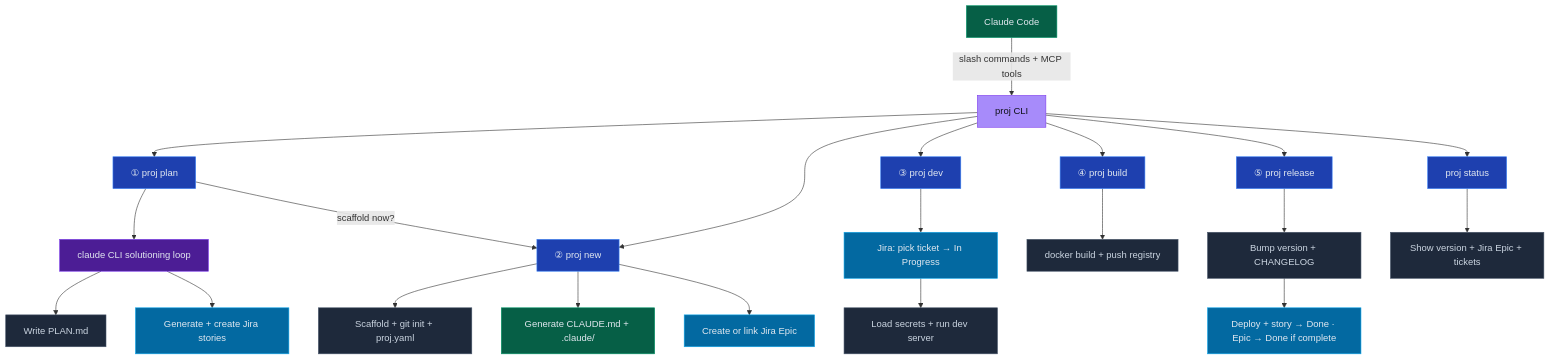
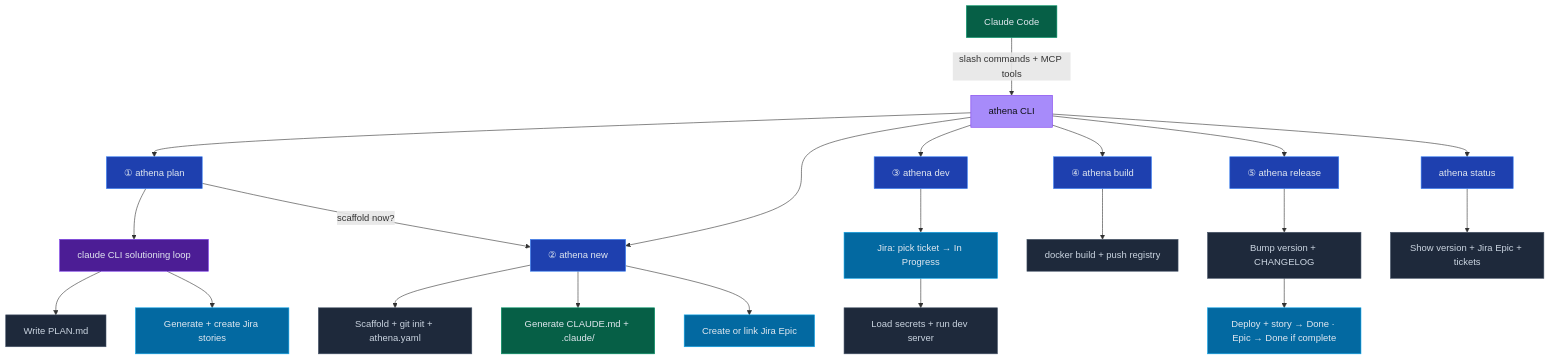
One commit to erosrage/Athena changed the first of 7 diagrams in README.md. Above: the diagram before and after it, drawn with Mermaid. The commit also changed other lines of this file and 23 other files, not shown here.

Commit message:
update athena cli

````diff
--- a/README.md
+++ b/README.md
@@ -11,31 +11,31 @@
 ```mermaid
 flowchart TD
     CC["Claude Code"]:::claude
-    CLI["proj CLI"]:::entry
+    CLI["athena CLI"]:::entry
     CC -->|"slash commands + MCP tools"| CLI
-    CLI --> PLAN["① proj plan"]:::stage
-    CLI --> NEW["② proj new"]:::stage
-    CLI --> DEV["③ proj dev"]:::stage
-    CLI --> BUILD["④ proj build"]:::stage
-    CLI --> RELEASE["⑤ proj release"]:::stage
-    CLI --> STATUS["proj status"]:::stage
+    CLI --> PLAN["① athena plan"]:::stage
+    CLI --> NEW["② athena new"]:::stage
+    CLI --> DEV["③ athena dev"]:::stage
+    CLI --> BUILD["④ athena build"]:::stage
+    CLI --> RELEASE["⑤ athena release"]:::stage
+    CLI --> STATUS["athena status"]:::stage
     PLAN --> LLM["claude CLI solutioning loop"]:::llm
     LLM --> PM["Write PLAN.md"]:::action
     LLM --> J4["Generate + create Jira stories"]:::jira
     PLAN -->|"scaffold now?"| NEW
-    NEW --> S["Scaffold + git init + proj.yaml"]:::action
+    NEW --> S["Scaffold + git init + athena.yaml"]:::action
     NEW --> CG["Generate CLAUDE.md + .claude/"]:::claude
     NEW --> J1["Create or link Jira Epic"]:::jira
     DEV --> J5["Jira: pick ticket → In Progress"]:::jira
     J5 --> ENV["Load secrets + run dev server"]:::action
     BUILD --> PUSH["docker build + push registry"]:::action
     RELEASE --> VER["Bump version + CHANGELOG"]:::action
     VER --> DEPLOY["Deploy + story → Done · Epic → Done if complete"]:::jira
     STATUS --> JS["Show version + Jira Epic + tickets"]:::action
     classDef entry fill:#a78bfa,stroke:#7c3aed,color:#0f1117
     classDef stage fill:#1e40af,stroke:#3b82f6,color:#e2e8f0
     classDef action fill:#1e293b,stroke:#475569,color:#cbd5e1
     classDef claude fill:#065f46,stroke:#059669,color:#e2e8f0
     classDef jira fill:#0369a1,stroke:#0ea5e9,color:#e2e8f0
     classDef llm fill:#4c1d95,stroke:#7c3aed,color:#e2e8f0
 ```
````
